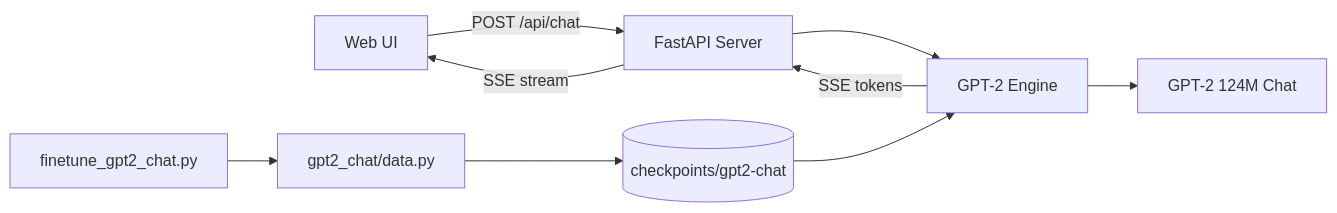
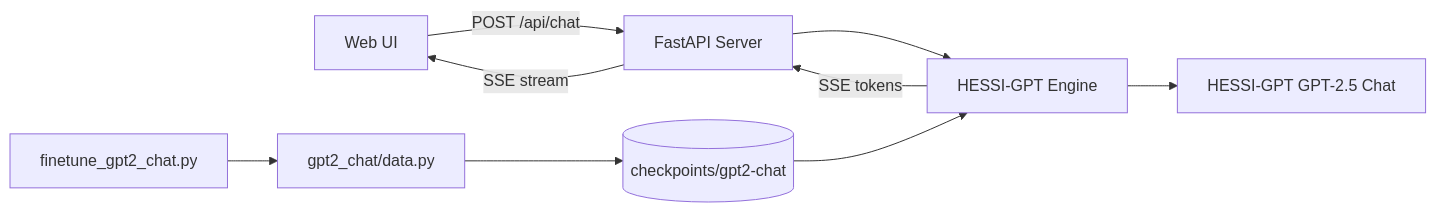
One commit to HessiKz/Hessi-GPT changed the diagram in README.md. Above: the diagram before and after it, drawn with Mermaid. The commit also changed other lines of this file and 3 other files, not shown here.

First line of the commit message:
Present HESSI-GPT as GPT-2.5 model written by HessiKz

````diff
--- a/README.md
+++ b/README.md
@@ -42,12 +49,12 @@
 ```mermaid
 flowchart LR
     UI[Web UI] -->|POST /api/chat| API[FastAPI Server]
-    API --> Engine[GPT-2 Engine]
-    Engine --> Model[GPT-2 124M Chat]
+    API --> Engine[HESSI-GPT Engine]
+    Engine --> Model[HESSI-GPT GPT-2.5 Chat]
     Engine -->|SSE tokens| API
     API -->|SSE stream| UI
 
     FT[finetune_gpt2_chat.py] --> Data[gpt2_chat/data.py]
     Data --> CKPT[(checkpoints/gpt2-chat)]
     CKPT --> Engine
 ```
````
